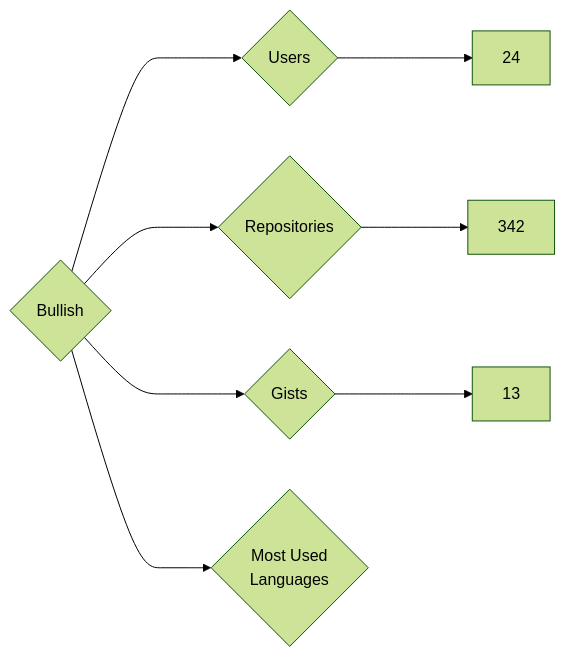
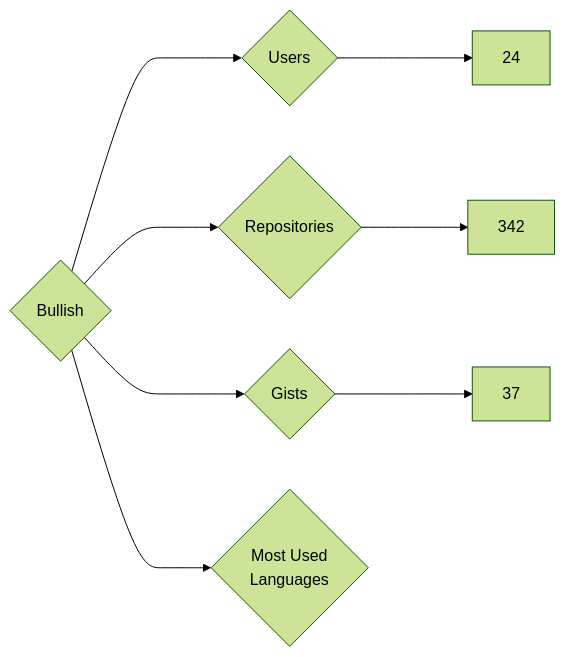
Before and after one commit to nenadzaric/insiders: the diagram in targets/Bullish/README.md, drawn with Mermaid (forest theme). The commit also changed 1342 other files, not shown here.

````diff
--- a/targets/Bullish/README.md
+++ b/targets/Bullish/README.md
@@ -3,8 +3,8 @@
 ```mermaid
 graph LR
 COMPANY_NAME{Bullish}
 COMPANY_NAME ---> U{Users} ---> UN[24]
 COMPANY_NAME ---> R{Repositories} ---> RN[342]
-COMPANY_NAME ---> G{Gists} ---> GN[13]
+COMPANY_NAME ---> G{Gists} ---> GN[37]
 COMPANY_NAME ---> ML{Most Used<br>Languages}
 ```
````
